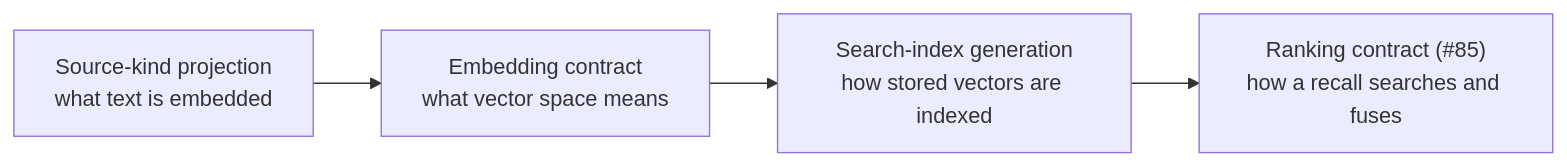
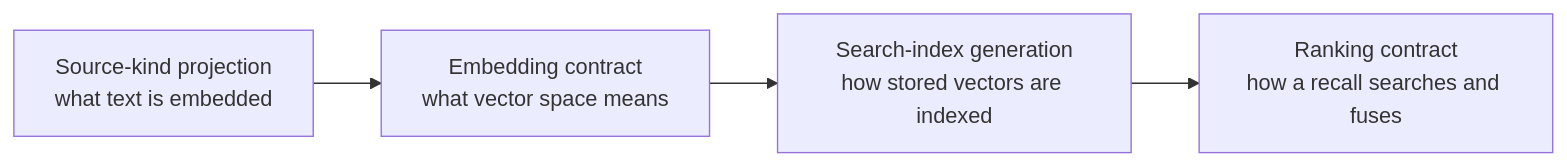
The fourth of 7 diagrams in ANN-HNSW-And-Halfvec.md (markhuangai/dense-mem), drawn with Mermaid before and after one commit. The commit also changed other lines of this file and 24 other files, not shown here.

````diff
--- a/ANN-HNSW-And-Halfvec.md
+++ b/ANN-HNSW-And-Halfvec.md
@@ -215,7 +215,7 @@
 ```mermaid
 %%{init: {"flowchart": {"curve": "linear"}}}%%
 flowchart LR
   Projection["Source-kind projection<br/>what text is embedded"] --> Embed["Embedding contract<br/>what vector space means"]
   Embed --> Index["Search-index generation<br/>how stored vectors are indexed"]
-  Index --> Rank["Ranking contract (#85)<br/>how a recall searches and fuses"]
+  Index --> Rank["Ranking contract<br/>how a recall searches and fuses"]
 ```
````
